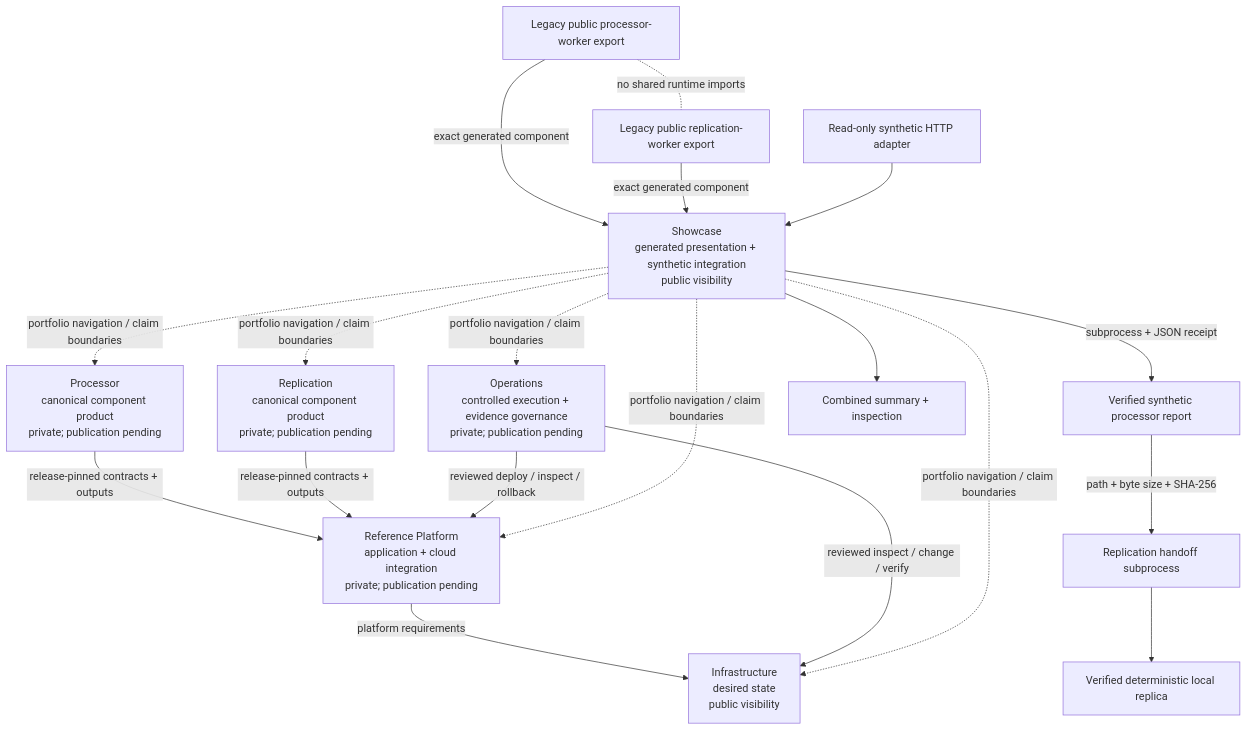
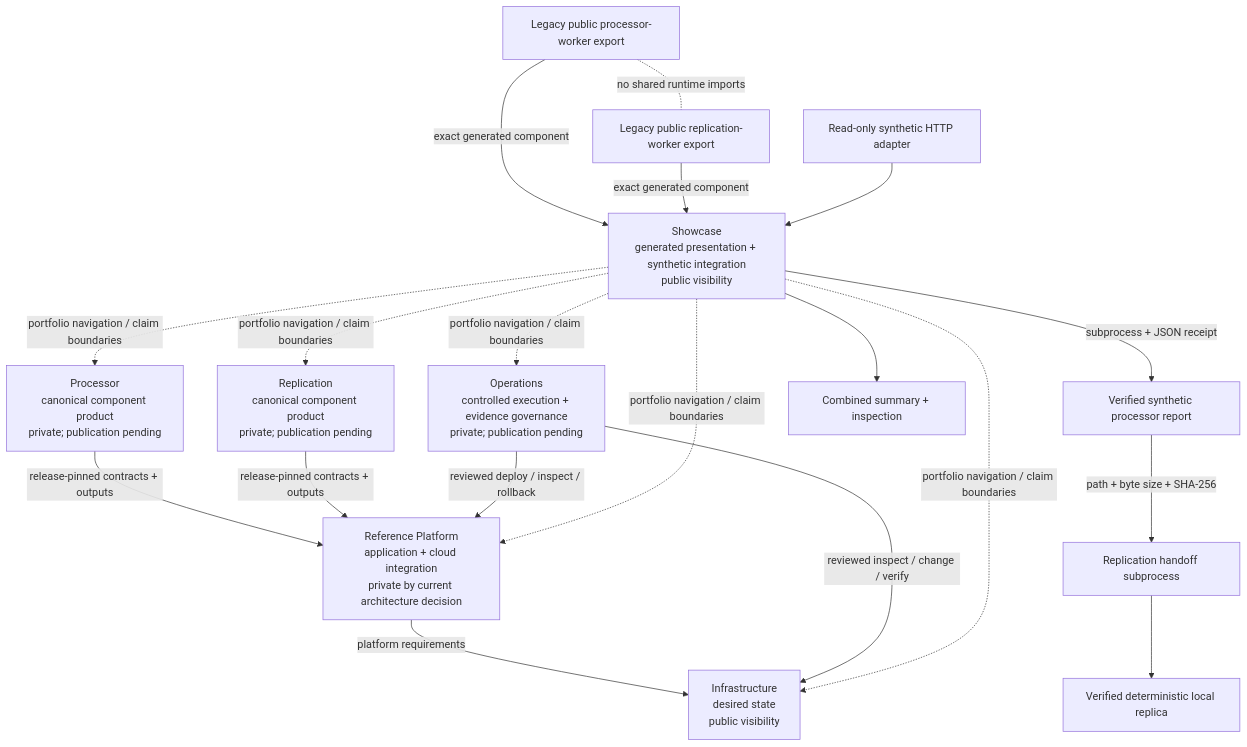
The diagram in docs/ARCHITECTURE.md (Seemorghdev/edge-evidence-showcase), drawn with Mermaid before and after one commit. The commit also changed other lines of this file, not shown here.

Commit message:
chore: regenerate Showcase architecture from source 524a8d0

````diff
--- a/docs/ARCHITECTURE.md
+++ b/docs/ARCHITECTURE.md
@@ -8,32 +8,32 @@
 ```mermaid
 flowchart TB
     P[Processor<br/>canonical component product<br/>private; publication pending]
     R[Replication<br/>canonical component product<br/>private; publication pending]
-    REF[Reference Platform<br/>application + cloud integration<br/>private; publication pending]
+    REF[Reference Platform<br/>application + cloud integration<br/>private by current architecture decision]
     INF[Infrastructure<br/>desired state<br/>public visibility]
     OPS[Operations<br/>controlled execution + evidence governance<br/>private; publication pending]
     S[Showcase<br/>generated presentation + synthetic integration<br/>public visibility]
 
     P -->|release-pinned contracts + outputs| REF
     R -->|release-pinned contracts + outputs| REF
     REF -->|platform requirements| INF
     OPS -->|reviewed inspect / change / verify| INF
     OPS -->|reviewed deploy / inspect / rollback| REF
 
     LP[Legacy public processor-worker export] -->|exact generated component| S
     LR[Legacy public replication-worker export] -->|exact generated component| S
 
     S -. portfolio navigation / claim boundaries .-> P
     S -. portfolio navigation / claim boundaries .-> R
     S -. portfolio navigation / claim boundaries .-> REF
     S -. portfolio navigation / claim boundaries .-> INF
     S -. portfolio navigation / claim boundaries .-> OPS
 
     S -->|subprocess + JSON receipt| PO[Verified synthetic processor report]
     PO -->|path + byte size + SHA-256| RH[Replication handoff subprocess]
     RH --> RT[Verified deterministic local replica]
     S --> CS[Combined summary + inspection]
 
     HTTP[Read-only synthetic HTTP adapter] --> S
     LP -. no shared runtime imports .- LR
 ```
````
